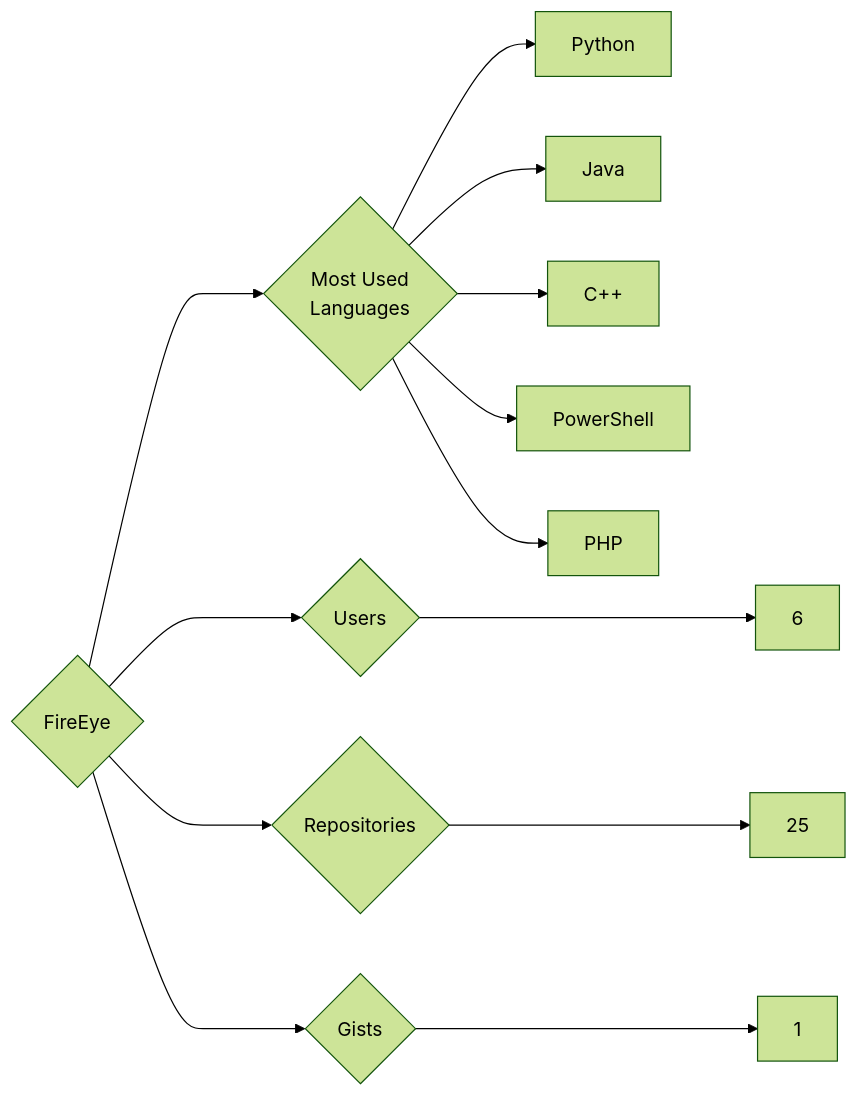
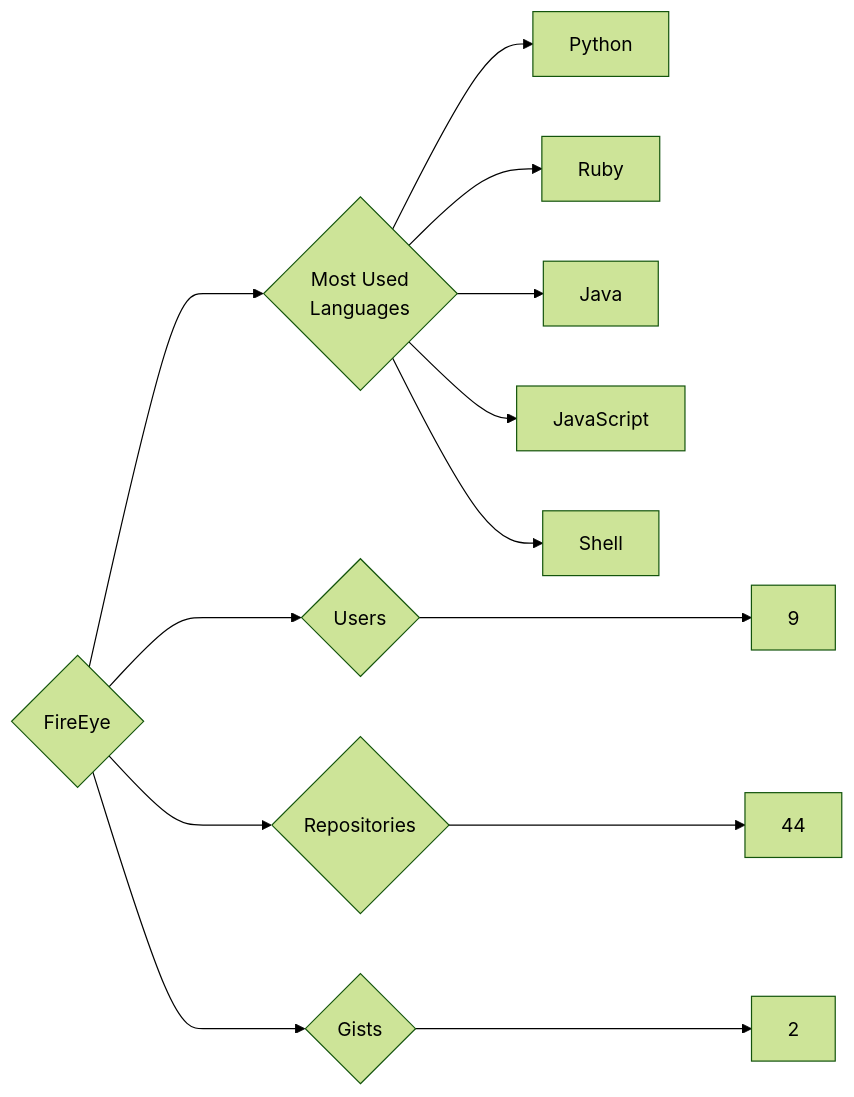
One commit to trickest/insiders changed the diagram in targets/FireEye/README.md. Above: the diagram before and after it, drawn with Mermaid (forest theme). The commit also changed 1123 other files, not shown here.

````diff
--- a/targets/FireEye/README.md
+++ b/targets/FireEye/README.md
@@ -3,13 +3,13 @@
 ```mermaid
 graph LR
 COMPANY_NAME{FireEye}
-COMPANY_NAME ---> U{Users} ---> UN[6]
-COMPANY_NAME ---> R{Repositories} ---> RN[25]
-COMPANY_NAME ---> G{Gists} ---> GN[1]
+COMPANY_NAME ---> U{Users} ---> UN[9]
+COMPANY_NAME ---> R{Repositories} ---> RN[44]
+COMPANY_NAME ---> G{Gists} ---> GN[2]
 COMPANY_NAME ---> ML{Most Used<br>Languages}
 ML --> Python[Python]
+ML --> Ruby[Ruby]
 ML --> Java[Java]
-ML --> C++[C++]
-ML --> PowerShell[PowerShell]
-ML --> PHP[PHP]
+ML --> JavaScript[JavaScript]
+ML --> Shell[Shell]
 ```
````
